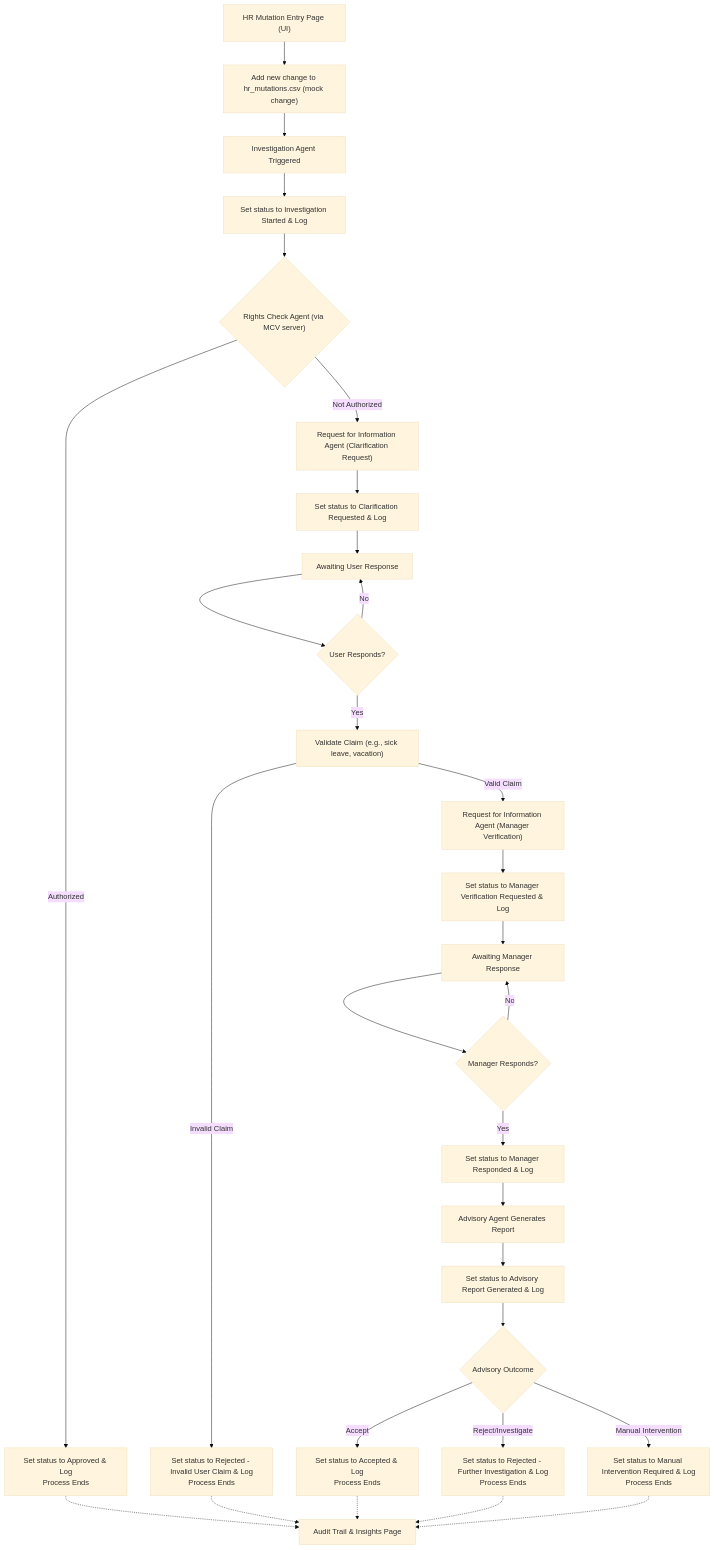
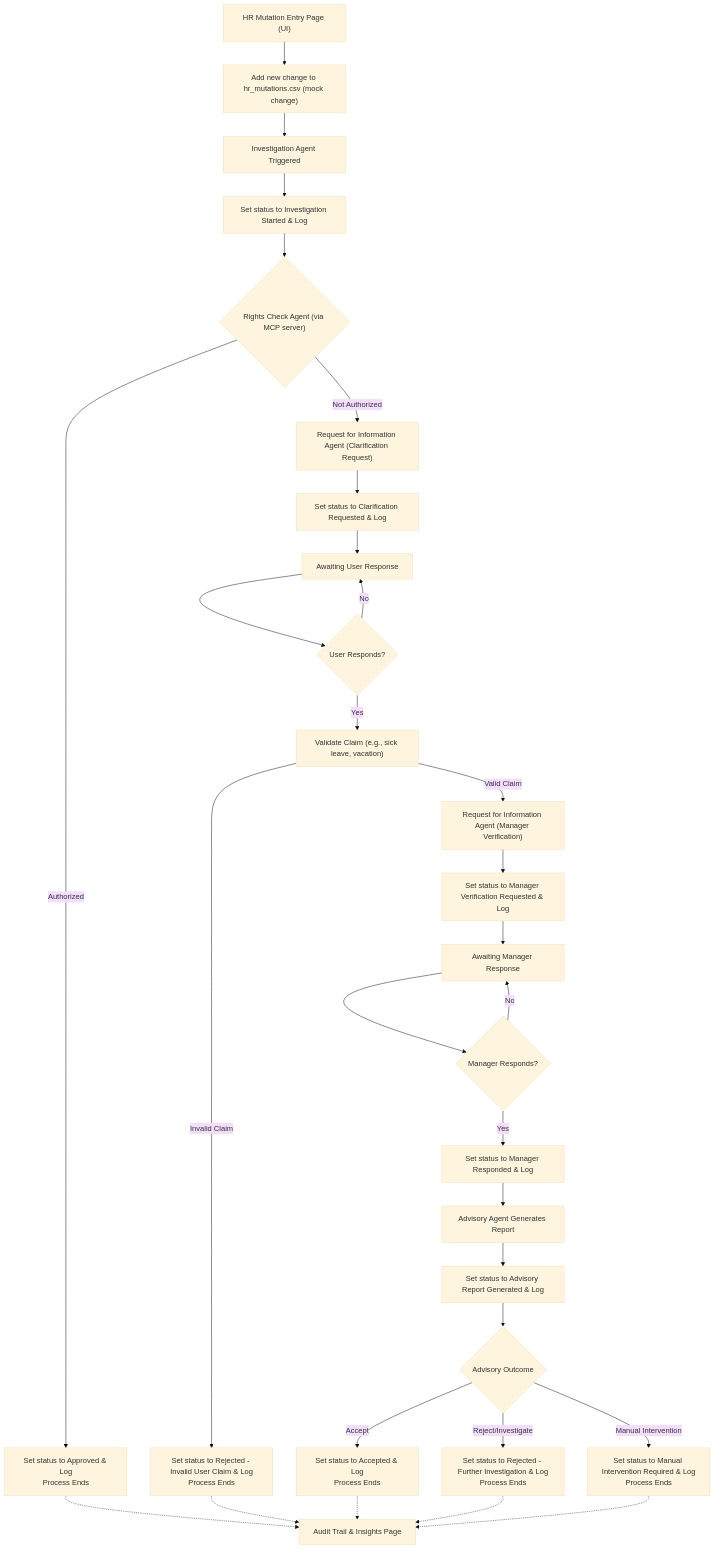
Before and after one commit to simonkrooder/KotP_Team12: the diagram in docs/visualFlowchart.mmd, drawn with Mermaid (base theme). The commit also changed 21 other files, not shown here.

```diff
--- a/docs/visualFlowchart.mmd
+++ b/docs/visualFlowchart.mmd
@@ -1,31 +1,31 @@
 %% Mermaid flowchart: Multi-Agent Access Control Investigation Flow
 flowchart TD
     A["HR Mutation Entry Page (UI)"] --> B["Add new change to hr_mutations.csv (mock change)"]
     B --> C[Investigation Agent Triggered]
     C --> C1[Set status to Investigation Started & Log]
-    C1 --> D{"Rights Check Agent (via MCV server)"}
+    C1 --> D{"Rights Check Agent (via MCP server)"}
     D -- Authorized --> E[Set status to Approved & Log<br>Process Ends]
     D -- Not Authorized --> F["Request for Information Agent (Clarification Request)"]
     F --> F1[Set status to Clarification Requested & Log]
     F1 --> G[Awaiting User Response]
     G --> H{User Responds?}
     H -- No --> G
     H -- Yes --> I["Validate Claim (e.g., sick leave, vacation)"]
     I -- Invalid Claim --> J[Set status to Rejected - Invalid User Claim & Log<br>Process Ends]
     I -- Valid Claim --> K["Request for Information Agent (Manager Verification)"]
     K --> K1[Set status to Manager Verification Requested & Log]
     K1 --> L[Awaiting Manager Response]
     L --> M{Manager Responds?}
     M -- No --> L
     M -- Yes --> N[Set status to Manager Responded & Log]
     N --> O[Advisory Agent Generates Report]
     O --> O1[Set status to Advisory Report Generated & Log]
     O1 --> P{Advisory Outcome}
     P -- Accept --> Q[Set status to Accepted & Log<br>Process Ends]
     P -- Reject/Investigate --> R[Set status to Rejected - Further Investigation & Log<br>Process Ends]
     P -- Manual Intervention --> S[Set status to Manual Intervention Required & Log<br>Process Ends]
     E -.-> T[Audit Trail & Insights Page]
     J -.-> T
     Q -.-> T
     R -.-> T
     S -.-> T
```
